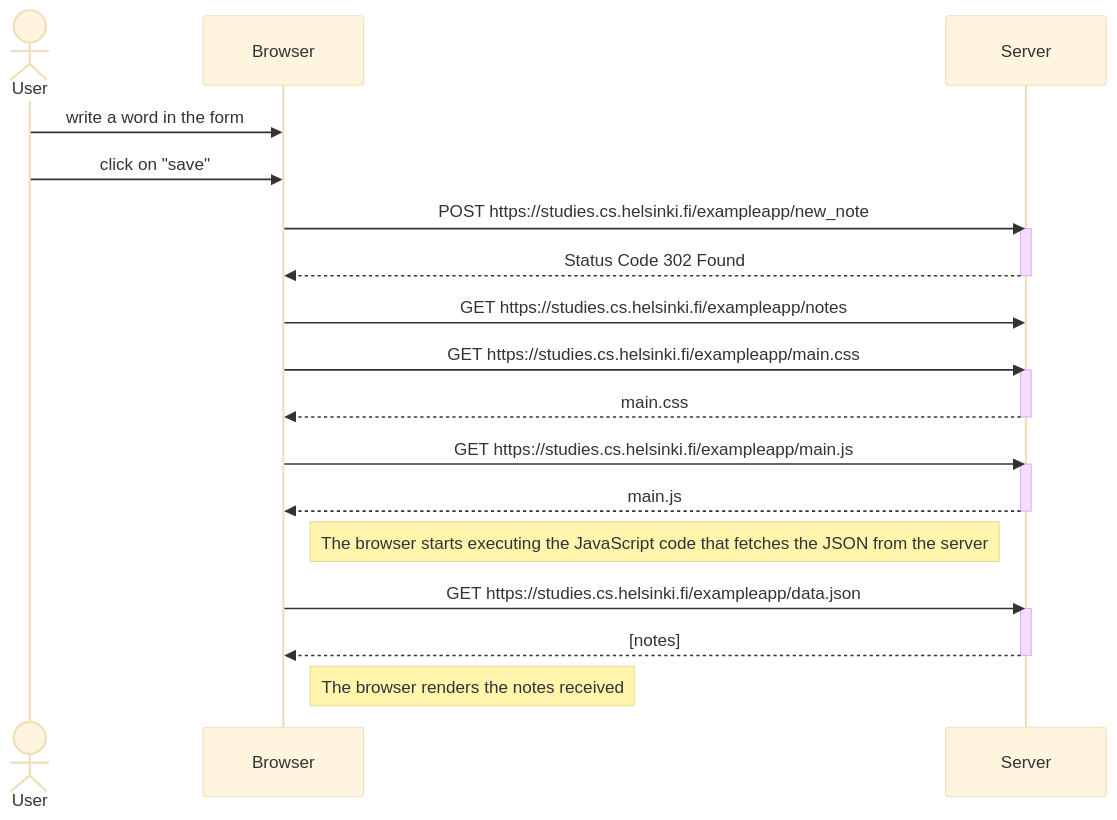
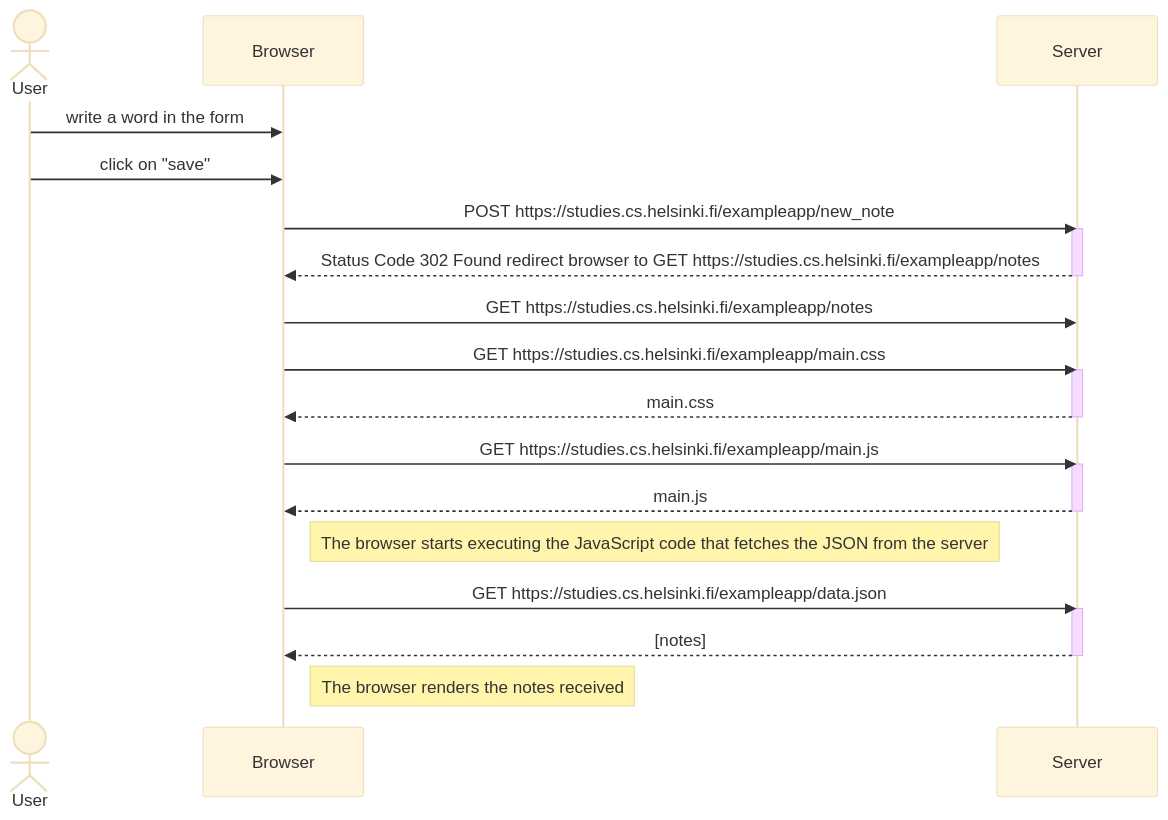
Before and after one commit to Blackleaf3416/Fullstackopen-part0: the diagram in diagram.md, drawn with Mermaid (base theme).

````diff
--- a/diagram.md
+++ b/diagram.md
@@ -1,27 +1,27 @@
 ```mermaid
 sequenceDiagram
 actor User
 participant Browser
 participant Server
 User->>Browser: write a word in the form
 User->>Browser: click on "save"
 Browser->>Server: POST https://studies.cs.helsinki.fi/exampleapp/new_note
 activate Server
-Server-->>Browser: Status Code 302 Found
+Server-->>Browser: Status Code 302 Found redirect browser to GET https://studies.cs.helsinki.fi/exampleapp/notes
 Deactivate Server
 Browser->>Server: GET https://studies.cs.helsinki.fi/exampleapp/notes
 Browser->>Server: GET https://studies.cs.helsinki.fi/exampleapp/main.css
 activate Server
 Server-->>Browser: main.css
 Deactivate Server
 Browser->>Server: GET https://studies.cs.helsinki.fi/exampleapp/main.js
 activate Server
 Server-->>Browser: main.js
 Deactivate Server
 Note right of Browser: The browser starts executing the JavaScript code that fetches the JSON from the server
 Browser->>Server: GET https://studies.cs.helsinki.fi/exampleapp/data.json
 activate Server
 Server-->>Browser: [notes]
 Deactivate Server
 Note right of Browser: The browser renders the notes received
 ```
````
